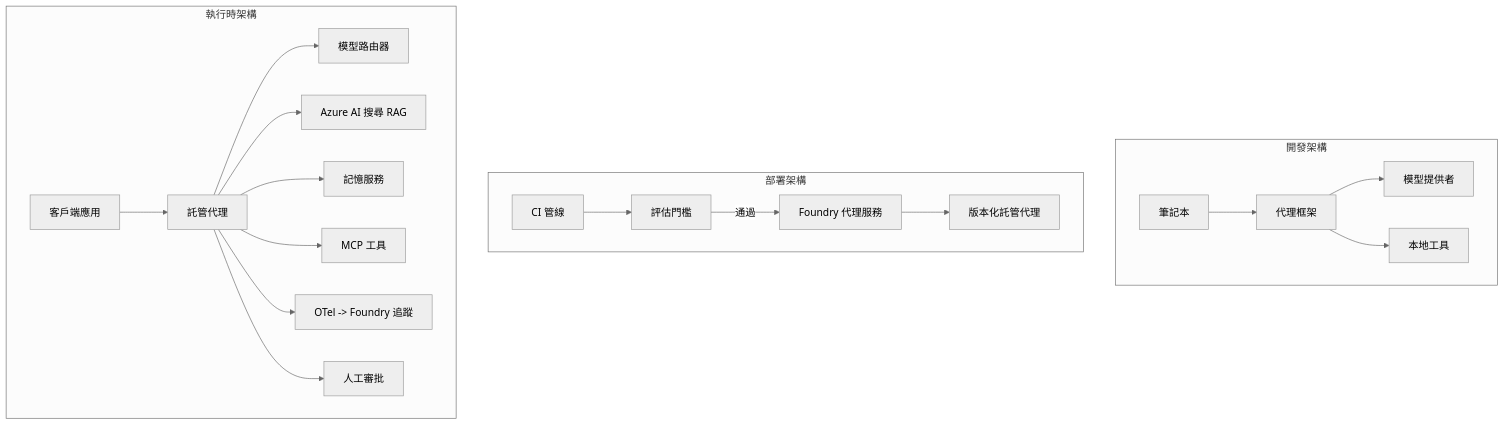
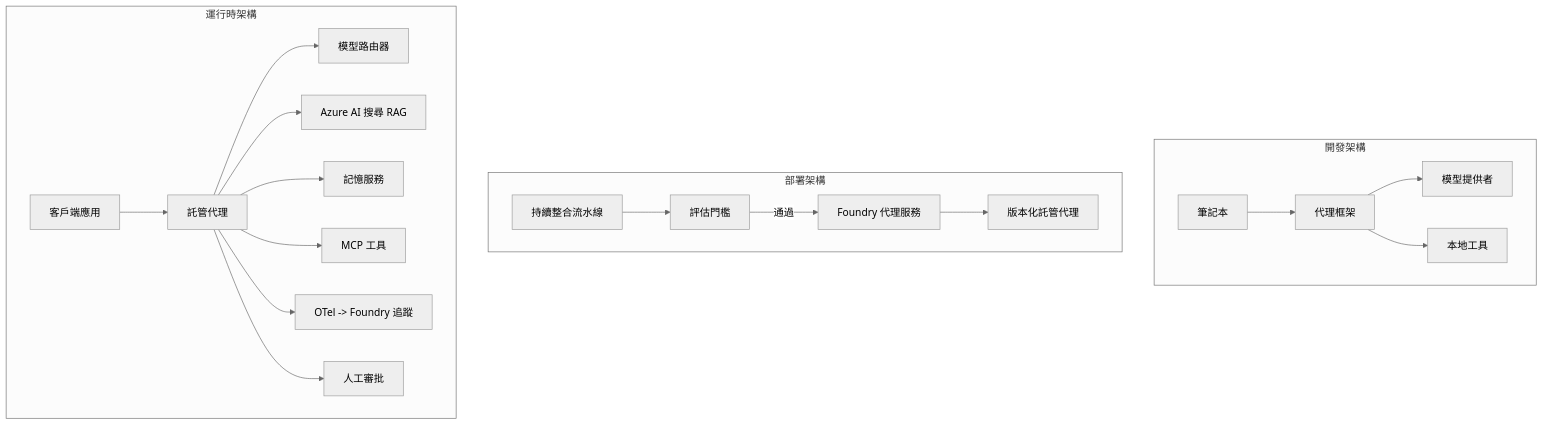
The fourth of 4 diagrams in translations/zh-HK/16-deploying-scalable-agents/README.md (microsoft/ai-agents-for-beginners), drawn with Mermaid (neutral theme) before and after one commit. The commit also changed other lines of this file and 44 other files, not shown here.

````diff
--- a/translations/zh-HK/16-deploying-scalable-agents/README.md
+++ b/translations/zh-HK/16-deploying-scalable-agents/README.md
@@ -185,22 +185,22 @@
 ```mermaid
 flowchart TB
     subgraph Dev[開發架構]
         D1[筆記本] --> D2[代理框架]
         D2 --> D3[模型提供者]
         D2 --> D4[本地工具]
     end
     subgraph Deploy[部署架構]
-        E1[CI 管線] --> E2[評估門檻]
+        E1[持續整合流水線] --> E2[評估門檻]
         E2 -->|通過| E3[Foundry 代理服務]
         E3 --> E4[版本化託管代理]
     end
-    subgraph Run[執行時架構]
+    subgraph Run[運行時架構]
         F1[客戶端應用] --> F2[託管代理]
         F2 --> F3[模型路由器]
         F2 --> F4[Azure AI 搜尋 RAG]
         F2 --> F5[記憶服務]
         F2 --> F6[MCP 工具]
         F2 --> F7[OTel -> Foundry 追蹤]
         F2 --> F8[人工審批]
     end
 ```
````
